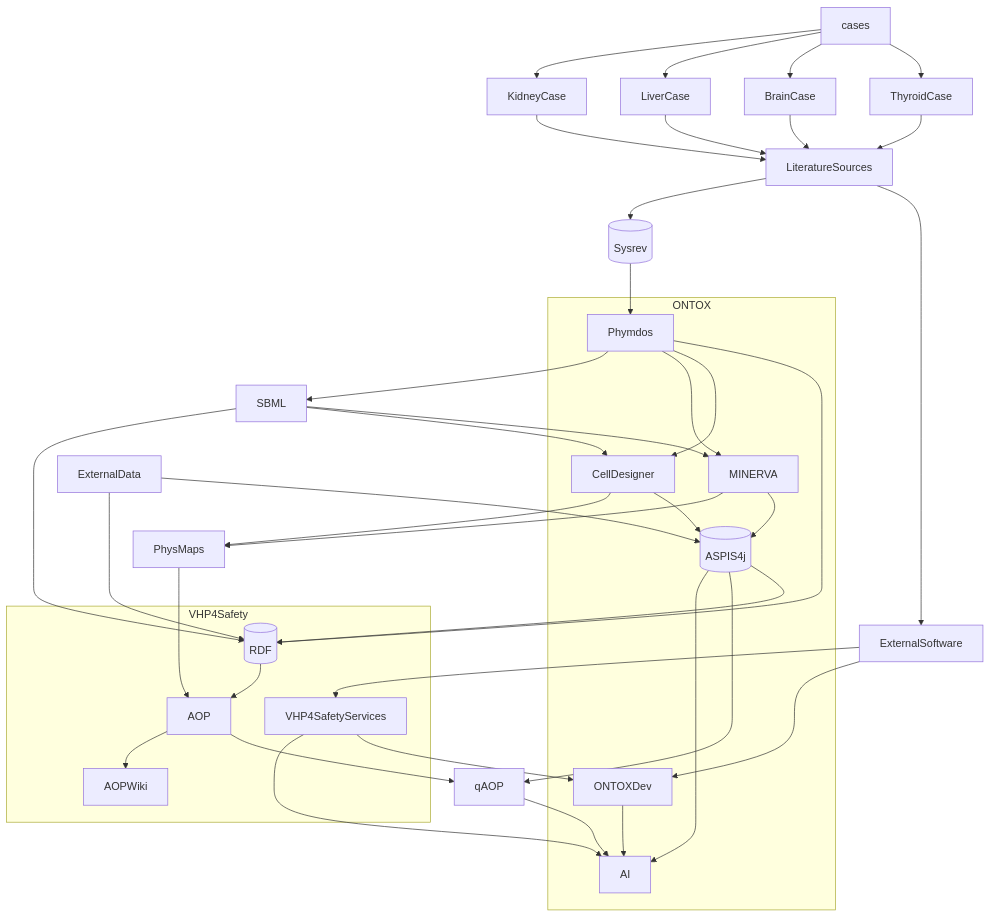
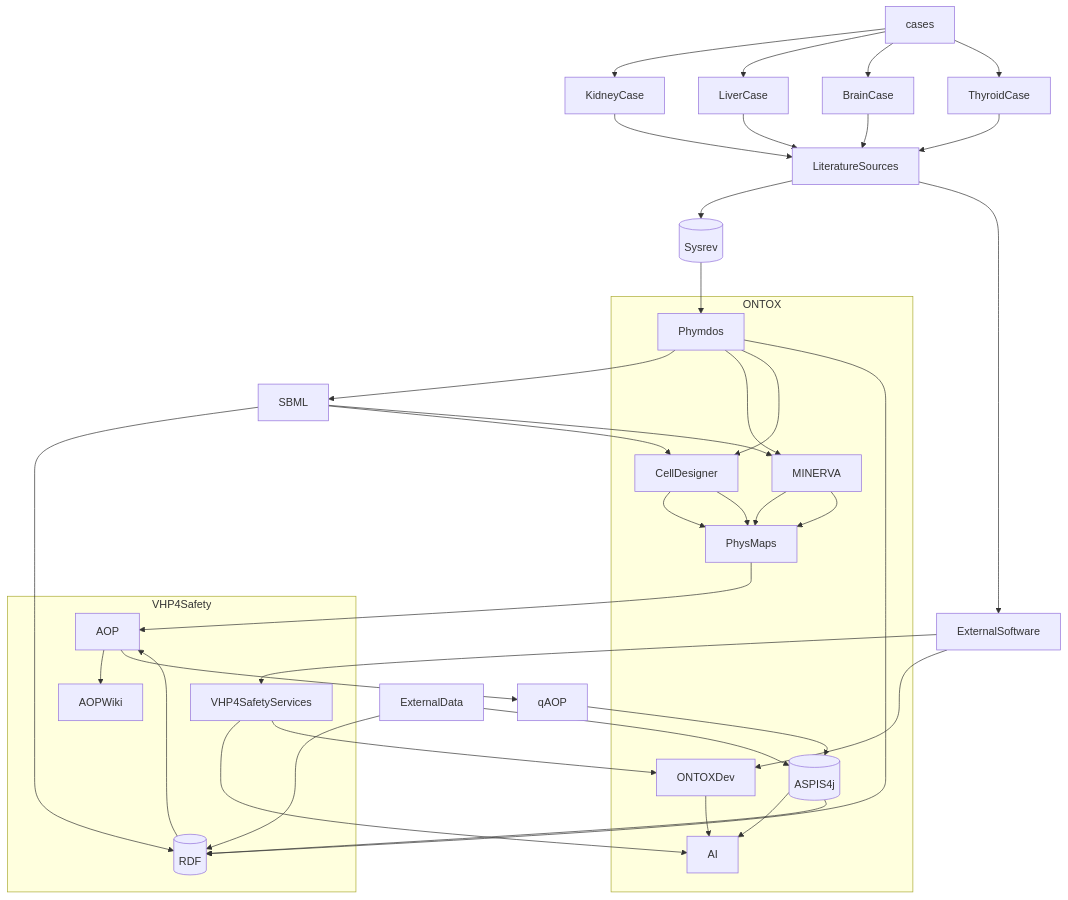
The diagram in ONTOX-vs-VHP4Safety.md (ontox-hu/workflows), drawn with Mermaid before and after one commit.

````diff
--- a/ONTOX-vs-VHP4Safety.md
+++ b/ONTOX-vs-VHP4Safety.md
@@ -1,62 +1,61 @@
 ```mermaid
 flowchart TB
 
     cases-->KidneyCase
     cases-->LiverCase
     cases-->BrainCase
-    cases-->ThyroidCase
-     
+    cases-->ThyroidCase 
     KidneyCase-->LiteratureSources
     LiverCase-->LiteratureSources
     BrainCase-->LiteratureSources
     ThyroidCase-->LiteratureSources
     LiteratureSources-->Sysrev[(Sysrev)]
-     
-    
     Sysrev[(Sysrev)]-->Phymdos
     Phymdos-->SBML
     SBML-->CellDesigner
     SBML-->MINERVA
     SBML-->RDF[(RDF)]
-    
     CellDesigner-->PhysMaps
     MINERVA-->PhysMaps
+    PhysMaps-->AOP
+ 
+ %%%%%%%%%%%%%%%%%%%%%%%%%%%%%%%
+ 
+    subgraph ONTOX
     
-    PhysMaps-->AOP
-    
-    subgraph ONTOX
     ONTOXDev
     Phymdos-->MINERVA
     Phymdos-->CellDesigner
-    
-    CellDesigner-->ASPIS4j[(ASPIS4j)]
-    MINERVA-->ASPIS4j[(ASPIS4j)]
+    CellDesigner-->PhysMaps
+    MINERVA-->PhysMaps
     ASPIS4j[(ASPIS4j)]-->AI
     
     end
+ 
+ %%%%%%%%%%%%%%%%%%%%%%%%%%%%%%%%
+ 
+    subgraph VHP4Safety
     
-    
-    subgraph VHP4Safety
     Phymdos-->RDF[(RDF)]
     RDF[(RDF)]-->AOP
     AOP-->AOPWiki
     VHP4SafetyServices
     VHP4SafetyServices-->AI
     ONTOXDev-->AI
+    
     end
+    
+ %%%%%%%%%%%%%%%%%%%%%%%%%%%%%%%%%%   
     
     VHP4SafetyServices-->ONTOXDev
     AOP-->qAOP
-    
     LiteratureSources-->ExternalSoftware
     ExternalSoftware-->VHP4SafetyServices
     ExternalSoftware-->ONTOXDev
     ExternalData-->ASPIS4j[(ASPIS4j)]
-    
-    ASPIS4j[(ASPIS4j)]-->qAOP
+    qAOP-->ASPIS4j[(ASPIS4j)]
     ASPIS4j[(ASPIS4j)]-->RDF[(RDF)]
     ExternalData-->RDF[(RDF)]
-    qAOP-->AI
     
     
 ```
````
